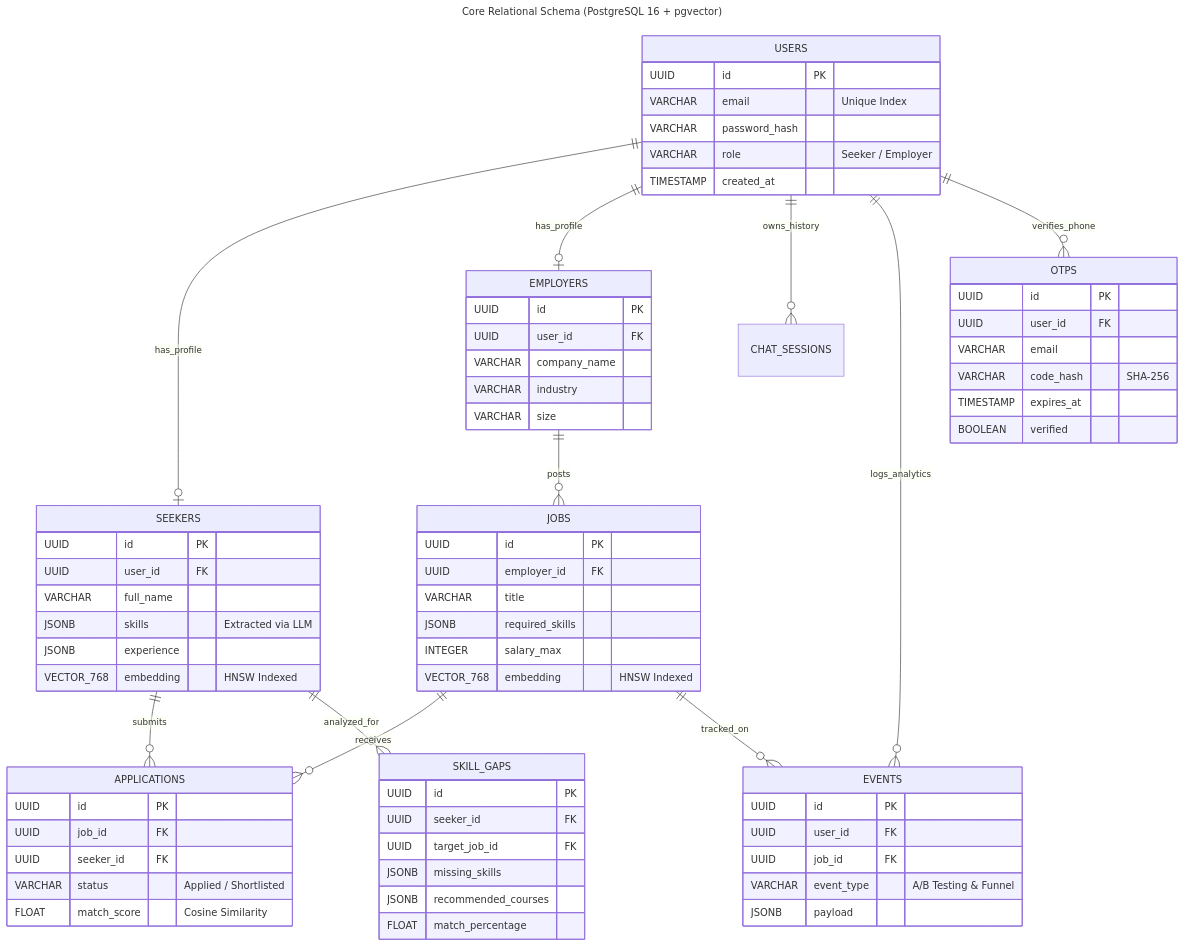
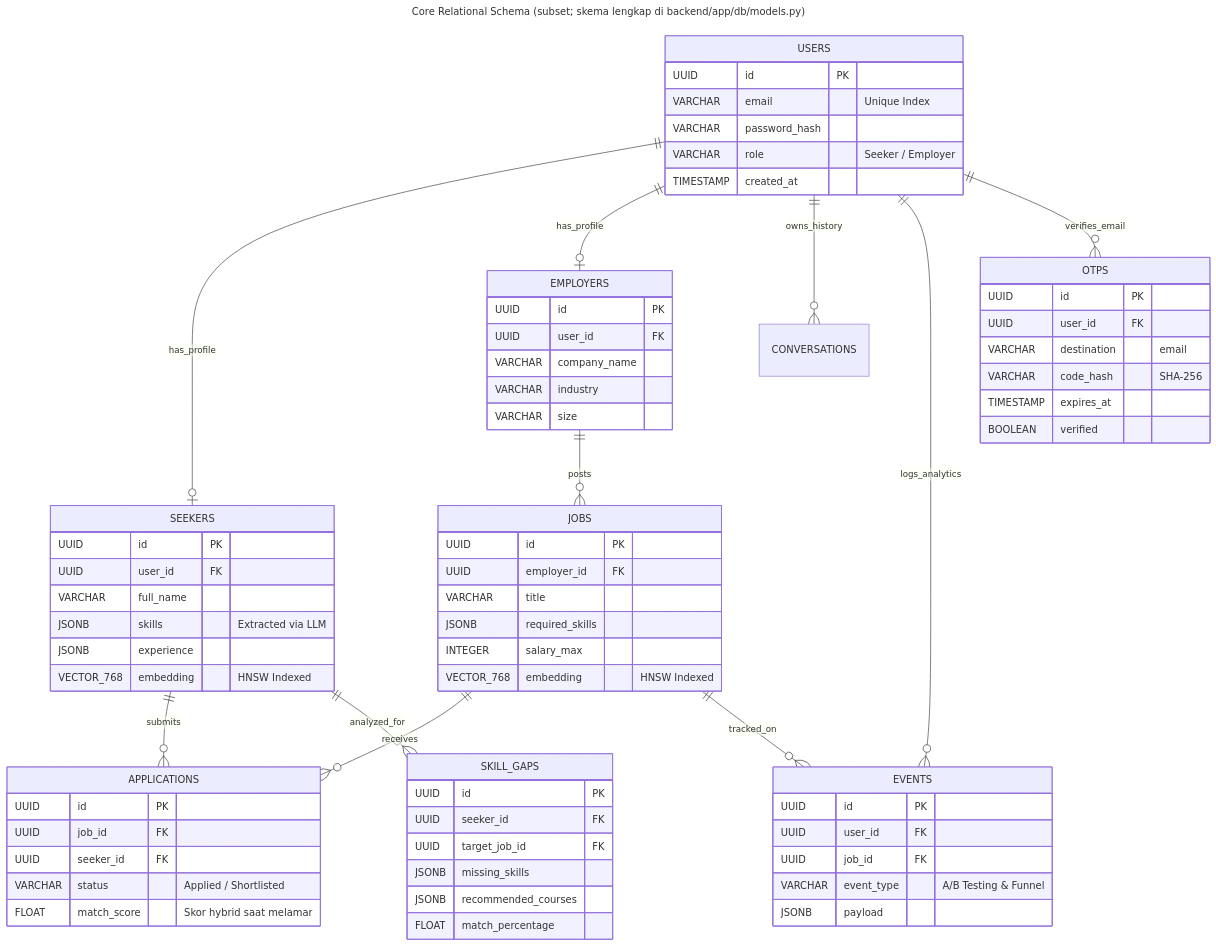
One commit to LouSens/KerjaCerdas changed the fifth of 5 diagrams in README.md. Above: the diagram before and after it, drawn with Mermaid. The commit also changed other lines of this file and 5 other files, not shown here.

````diff
--- a/README.md
+++ b/README.md
@@ -343,77 +336,77 @@
 ```mermaid
 ---
-title: Core Relational Schema (PostgreSQL 16 + pgvector)
+title: Core Relational Schema (subset; skema lengkap di backend/app/db/models.py)
 ---
 erDiagram
     USERS ||--o| SEEKERS : "has_profile"
     USERS ||--o| EMPLOYERS : "has_profile"
-    USERS ||--o{ CHAT_SESSIONS : "owns_history"
+    USERS ||--o{ CONVERSATIONS : "owns_history"
     USERS ||--o{ EVENTS : "logs_analytics"
-    USERS ||--o{ OTPS : "verifies_phone"
+    USERS ||--o{ OTPS : "verifies_email"
     EMPLOYERS ||--o{ JOBS : "posts"
     SEEKERS ||--o{ APPLICATIONS : "submits"
     JOBS ||--o{ APPLICATIONS : "receives"
     JOBS ||--o{ EVENTS : "tracked_on"
     SEEKERS ||--o{ SKILL_GAPS : "analyzed_for"
 
     USERS {
         UUID id PK
         VARCHAR email "Unique Index"
         VARCHAR password_hash
         VARCHAR role "Seeker / Employer"
         TIMESTAMP created_at
     }
     SEEKERS {
         UUID id PK
         UUID user_id FK
         VARCHAR full_name
         JSONB skills "Extracted via LLM"
         JSONB experience
         VECTOR_768 embedding "HNSW Indexed"
     }
     EMPLOYERS {
         UUID id PK
         UUID user_id FK
         VARCHAR company_name
         VARCHAR industry
         VARCHAR size
     }
     JOBS {
         UUID id PK
         UUID employer_id FK
         VARCHAR title
         JSONB required_skills
         INTEGER salary_max
         VECTOR_768 embedding "HNSW Indexed"
     }
     APPLICATIONS {
         UUID id PK
         UUID job_id FK
         UUID seeker_id FK
         VARCHAR status "Applied / Shortlisted"
-        FLOAT match_score "Cosine Similarity"
+        FLOAT match_score "Skor hybrid saat melamar"
     }
     SKILL_GAPS {
         UUID id PK
         UUID seeker_id FK
         UUID target_job_id FK
         JSONB missing_skills
         JSONB recommended_courses
         FLOAT match_percentage
     }
     EVENTS {
         UUID id PK
         UUID user_id FK
         UUID job_id FK
         VARCHAR event_type "A/B Testing & Funnel"
         JSONB payload
     }
     OTPS {
         UUID id PK
         UUID user_id FK
-        VARCHAR email
+        VARCHAR destination "email"
         VARCHAR code_hash "SHA-256"
         TIMESTAMP expires_at
         BOOLEAN verified
     }
 ```
````
